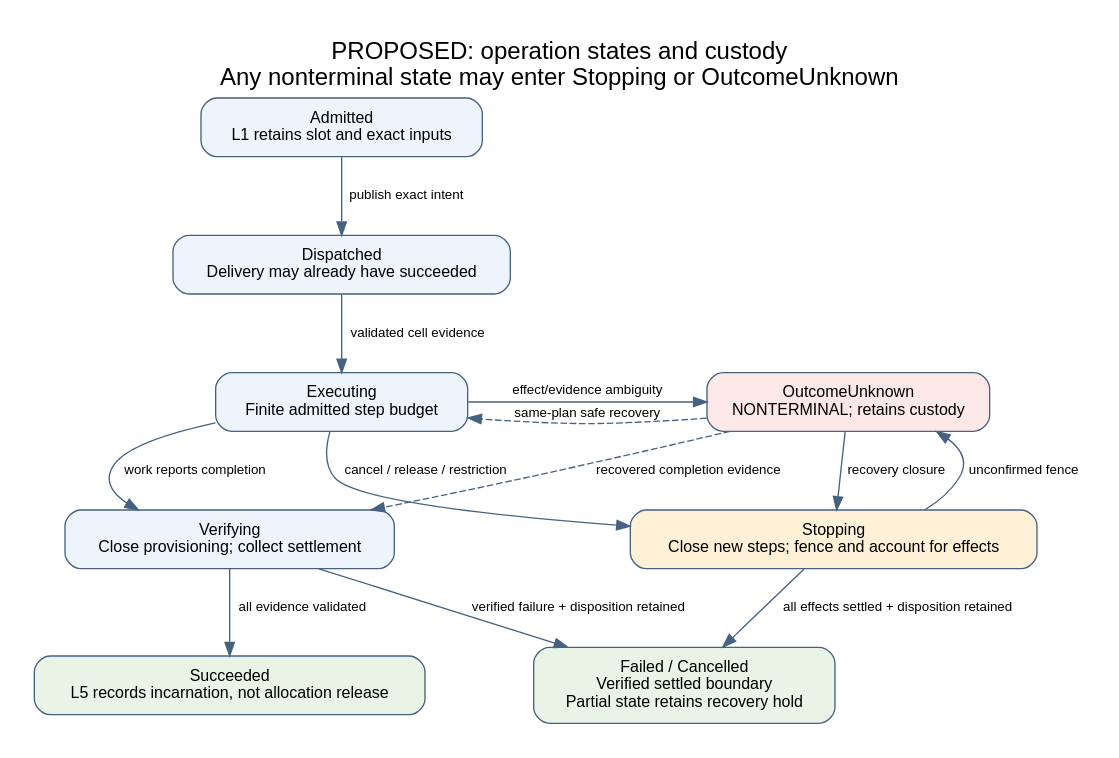
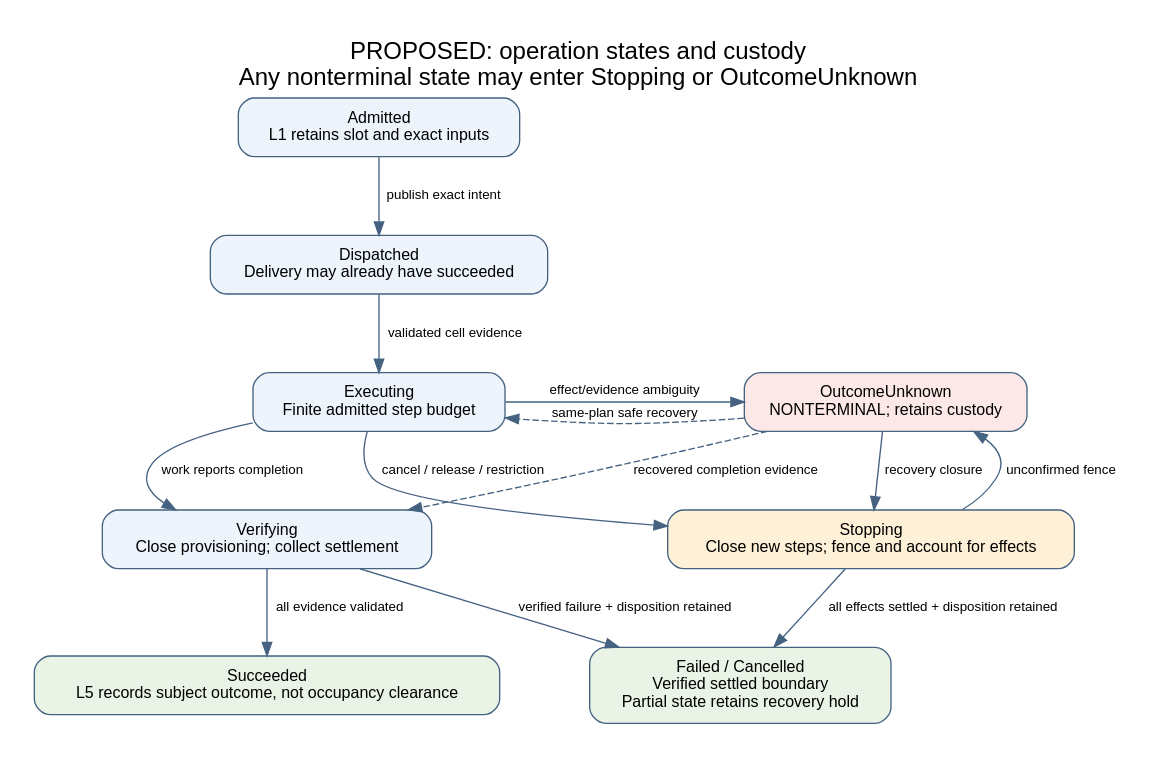
The diagram in docs/enhancements/execution-recovery/diagrams/operation-state.dot (datum-cloud/fleet), drawn with Graphviz before and after one commit. The commit also changed 4 other files, not shown here.

```diff
--- a/docs/enhancements/execution-recovery/diagrams/operation-state.dot
+++ b/docs/enhancements/execution-recovery/diagrams/operation-state.dot
@@ -1,28 +1,28 @@
 digraph operation_state {
   graph [rankdir=TB, bgcolor="white", pad="0.25", nodesep="0.55", ranksep="0.65", fontname="Helvetica", label="PROPOSED: operation states and custody\nAny nonterminal state may enter Stopping or OutcomeUnknown", labelloc=t, fontsize=18];
   node [shape=box, style="rounded,filled", fillcolor="#eef4fb", color="#456281", fontname="Helvetica", fontsize=12, margin="0.17,0.12"];
   edge [color="#456281", fontname="Helvetica", fontsize=10];
   admitted [label="Admitted\nL1 retains slot and exact inputs"];
   dispatched [label="Dispatched\nDelivery may already have succeeded"];
   executing [label="Executing\nFinite admitted step budget"];
   verifying [label="Verifying\nClose provisioning; collect settlement"];
   unknown [label="OutcomeUnknown\nNONTERMINAL; retains custody", fillcolor="#fce9e7"];
   stopping [label="Stopping\nClose new steps; fence and account for effects", fillcolor="#fff1d7"];
-  success [label="Succeeded\nL5 records incarnation, not allocation release", fillcolor="#e9f3e6"];
+  success [label="Succeeded\nL5 records subject outcome, not occupancy clearance", fillcolor="#e9f3e6"];
   stopped [label="Failed / Cancelled\nVerified settled boundary\nPartial state retains recovery hold", fillcolor="#e9f3e6"];
   admitted -> dispatched [label="publish exact intent"];
   dispatched -> executing [label="validated cell evidence"];
   executing -> verifying [label="work reports completion"];
   verifying -> success [label="all evidence validated"];
   executing -> unknown [label="effect/evidence ambiguity"];
   executing -> stopping [label="cancel / release / restriction"];
   unknown -> stopping [label="recovery closure"];
   unknown -> executing [label="same-plan safe recovery", style=dashed, constraint=false];
   unknown -> verifying [label="recovered completion evidence", style=dashed, constraint=false];
   stopping -> unknown [label="unconfirmed fence"];
   stopping -> stopped [label="all effects settled + disposition retained"];
   verifying -> stopped [label="verified failure + disposition retained"];
   { rank=same; executing; unknown; }
   { rank=same; verifying; stopping; }
   { rank=same; success; stopped; }
 }
```
